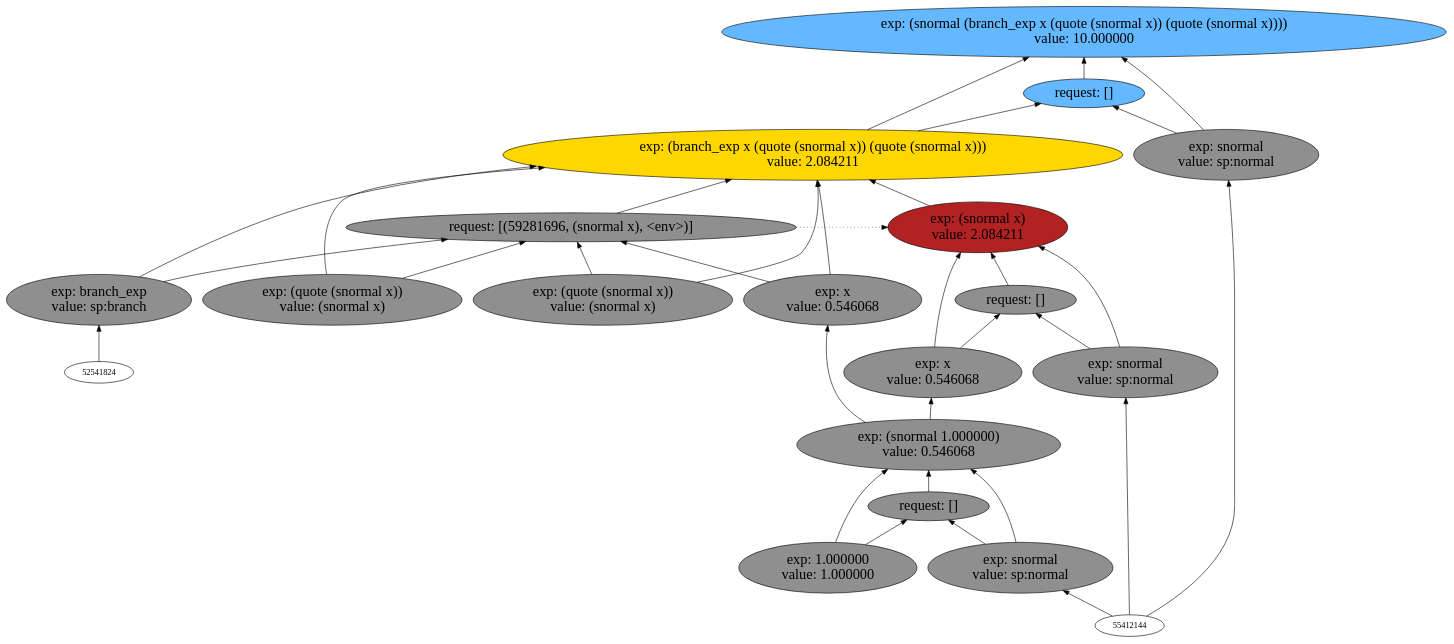
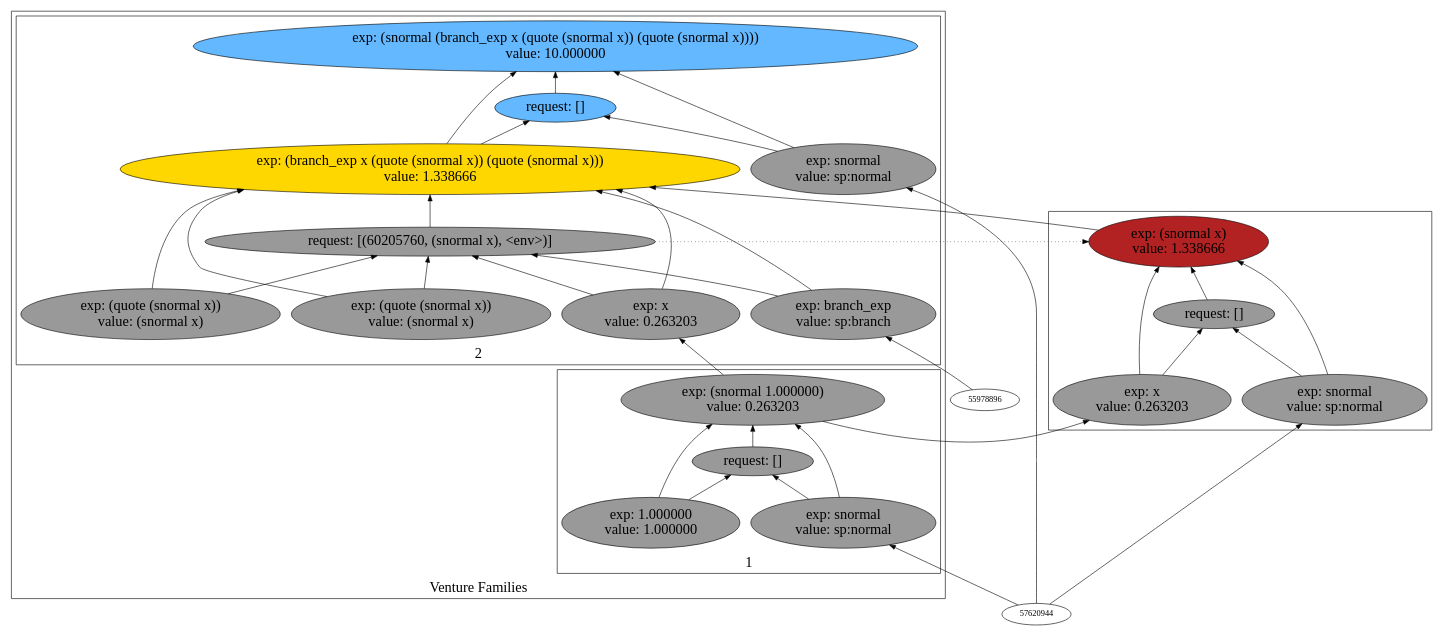
One commit to probcomp/Venturecxx changed the diagram in backend/cxx/pdf_graphs/erg_to_drg/dot9.dot. Above: the diagram before and after it, drawn with Graphviz. The commit also changed 464 other files, not shown here.

Commit message:
Pretty good draft of schematics.

```diff
--- a/backend/cxx/pdf_graphs/erg_to_drg/dot9.dot
+++ b/backend/cxx/pdf_graphs/erg_to_drg/dot9.dot
@@ -1,70 +1,70 @@
 digraph {
 rankdir=BT
 fontsize=24
-subgraph clster1 {
+subgraph cluster1 {
 label="Venture Families"
-subgraph clster2 {
+subgraph cluster2 {
 label="1"
-"59704640"["fillcolor"="grey56" "fontsize"="24" "label"="exp: (snormal 1.000000)\nvalue: 0.546068" "shape"="ellipse" "style"="filled" ]
-"59343216"["fillcolor"="grey56" "fontsize"="24" "label"="request: []" "shape"="ellipse" "style"="filled" ]
-"57712352"["fillcolor"="grey56" "fontsize"="24" "label"="exp: snormal\nvalue: sp:normal" "shape"="ellipse" "style"="filled" ]
-"58431280"["fillcolor"="grey56" "fontsize"="24" "label"="exp: 1.000000\nvalue: 1.000000" "shape"="ellipse" "style"="filled" ]
+"57853120"["fillcolor"="grey60" "fontsize"="24" "label"="exp: (snormal 1.000000)\nvalue: 0.263203" "shape"="ellipse" "style"="filled" ]
+"59845616"["fillcolor"="grey60" "fontsize"="24" "label"="request: []" "shape"="ellipse" "style"="filled" ]
+"58709264"["fillcolor"="grey60" "fontsize"="24" "label"="exp: snormal\nvalue: sp:normal" "shape"="ellipse" "style"="filled" ]
+"58747008"["fillcolor"="grey60" "fontsize"="24" "label"="exp: 1.000000\nvalue: 1.000000" "shape"="ellipse" "style"="filled" ]
 }
 
-subgraph clster3 {
+subgraph cluster3 {
 label="2"
-"59021936"["fillcolor"="steelblue1" "fontsize"="24" "label"="exp: (snormal (branch_exp x (quote (snormal x)) (quote (snormal x))))\nvalue: 10.000000" "shape"="ellipse" "style"="filled" ]
-"58606032"["fillcolor"="steelblue1" "fontsize"="24" "label"="request: []" "shape"="ellipse" "style"="filled" ]
-"59056880"["fillcolor"="grey56" "fontsize"="24" "label"="exp: snormal\nvalue: sp:normal" "shape"="ellipse" "style"="filled" ]
-"60064784"["fillcolor"="gold" "fontsize"="24" "label"="exp: (branch_exp x (quote (snormal x)) (quote (snormal x)))\nvalue: 2.084211" "shape"="ellipse" "style"="filled" ]
-"59281696"["fillcolor"="grey56" "fontsize"="24" "label"="request: [(59281696, (snormal x), <env>)]" "shape"="ellipse" "style"="filled" ]
-"58568288"["fillcolor"="grey56" "fontsize"="24" "label"="exp: branch_exp\nvalue: sp:branch" "shape"="ellipse" "style"="filled" ]
-"57516128"["fillcolor"="grey56" "fontsize"="24" "label"="exp: x\nvalue: 0.546068" "shape"="ellipse" "style"="filled" ]
-"57594048"["fillcolor"="grey56" "fontsize"="24" "label"="exp: (quote (snormal x))\nvalue: (snormal x)" "shape"="ellipse" "style"="filled" ]
-"57888128"["fillcolor"="grey56" "fontsize"="24" "label"="exp: (quote (snormal x))\nvalue: (snormal x)" "shape"="ellipse" "style"="filled" ]
+"59422672"["fillcolor"="steelblue1" "fontsize"="24" "label"="exp: (snormal (branch_exp x (quote (snormal x)) (quote (snormal x))))\nvalue: 10.000000" "shape"="ellipse" "style"="filled" ]
+"59197856"["fillcolor"="steelblue1" "fontsize"="24" "label"="request: []" "shape"="ellipse" "style"="filled" ]
+"59746352"["fillcolor"="grey60" "fontsize"="24" "label"="exp: snormal\nvalue: sp:normal" "shape"="ellipse" "style"="filled" ]
+"59162912"["fillcolor"="gold" "fontsize"="24" "label"="exp: (branch_exp x (quote (snormal x)) (quote (snormal x)))\nvalue: 1.338666" "shape"="ellipse" "style"="filled" ]
+"60205760"["fillcolor"="grey60" "fontsize"="24" "label"="request: [(60205760, (snormal x), <env>)]" "shape"="ellipse" "style"="filled" ]
+"57694784"["fillcolor"="grey60" "fontsize"="24" "label"="exp: branch_exp\nvalue: sp:branch" "shape"="ellipse" "style"="filled" ]
+"58029104"["fillcolor"="grey60" "fontsize"="24" "label"="exp: x\nvalue: 0.263203" "shape"="ellipse" "style"="filled" ]
+"58459264"["fillcolor"="grey60" "fontsize"="24" "label"="exp: (quote (snormal x))\nvalue: (snormal x)" "shape"="ellipse" "style"="filled" ]
+"58161280"["fillcolor"="grey60" "fontsize"="24" "label"="exp: (quote (snormal x))\nvalue: (snormal x)" "shape"="ellipse" "style"="filled" ]
 }
 
 }
 
-subgraph clster4 {
+subgraph cluster4 {
 label=""
-"58020304"["fillcolor"="firebrick" "fontsize"="24" "label"="exp: (snormal x)\nvalue: 2.084211" "shape"="ellipse" "style"="filled" ]
-"58056128"["fillcolor"="grey56" "fontsize"="24" "label"="request: []" "shape"="ellipse" "style"="filled" ]
-"57789504"["fillcolor"="grey56" "fontsize"="24" "label"="exp: snormal\nvalue: sp:normal" "shape"="ellipse" "style"="filled" ]
-"57623248"["fillcolor"="grey56" "fontsize"="24" "label"="exp: x\nvalue: 0.546068" "shape"="ellipse" "style"="filled" ]
+"57764016"["fillcolor"="firebrick" "fontsize"="24" "label"="exp: (snormal x)\nvalue: 1.338666" "shape"="ellipse" "style"="filled" ]
+"57930272"["fillcolor"="grey60" "fontsize"="24" "label"="request: []" "shape"="ellipse" "style"="filled" ]
+"57964800"["fillcolor"="grey60" "fontsize"="24" "label"="exp: snormal\nvalue: sp:normal" "shape"="ellipse" "style"="filled" ]
+"57848144"["fillcolor"="grey60" "fontsize"="24" "label"="exp: x\nvalue: 0.263203" "shape"="ellipse" "style"="filled" ]
 }
 
-"57789504" -> "58020304"["arrowhead"="normal" "color"="black" "constraint"="true" "style"="solid" ]
-"57789504" -> "58056128"["arrowhead"="normal" "color"="black" "constraint"="true" "style"="solid" ]
-"55412144" -> "57789504"["arrowhead"="normal" "color"="black" "constraint"="true" "style"="solid" ]
-"57623248" -> "58020304"["arrowhead"="normal" "color"="black" "constraint"="true" "style"="solid" ]
-"57623248" -> "58056128"["arrowhead"="normal" "color"="black" "constraint"="true" "style"="solid" ]
-"59704640" -> "57623248"["arrowhead"="normal" "color"="black" "constraint"="true" "style"="solid" ]
-"58056128" -> "58020304"["arrowhead"="normal" "color"="black" "constraint"="true" "style"="solid" ]
-"59056880" -> "59021936"["arrowhead"="normal" "color"="black" "constraint"="true" "style"="solid" ]
-"59056880" -> "58606032"["arrowhead"="normal" "color"="black" "constraint"="true" "style"="solid" ]
-"55412144" -> "59056880"["arrowhead"="normal" "color"="black" "constraint"="true" "style"="solid" ]
-"60064784" -> "59021936"["arrowhead"="normal" "color"="black" "constraint"="true" "style"="solid" ]
-"60064784" -> "58606032"["arrowhead"="normal" "color"="black" "constraint"="true" "style"="solid" ]
-"58568288" -> "60064784"["arrowhead"="normal" "color"="black" "constraint"="true" "style"="solid" ]
-"58568288" -> "59281696"["arrowhead"="normal" "color"="black" "constraint"="true" "style"="solid" ]
-"52541824" -> "58568288"["arrowhead"="normal" "color"="black" "constraint"="true" "style"="solid" ]
-"57516128" -> "60064784"["arrowhead"="normal" "color"="black" "constraint"="true" "style"="solid" ]
-"57516128" -> "59281696"["arrowhead"="normal" "color"="black" "constraint"="true" "style"="solid" ]
-"59704640" -> "57516128"["arrowhead"="normal" "color"="black" "constraint"="true" "style"="solid" ]
-"57594048" -> "60064784"["arrowhead"="normal" "color"="black" "constraint"="true" "style"="solid" ]
-"57594048" -> "59281696"["arrowhead"="normal" "color"="black" "constraint"="true" "style"="solid" ]
-"57888128" -> "60064784"["arrowhead"="normal" "color"="black" "constraint"="true" "style"="solid" ]
-"57888128" -> "59281696"["arrowhead"="normal" "color"="black" "constraint"="true" "style"="solid" ]
-"59281696" -> "60064784"["arrowhead"="normal" "color"="black" "constraint"="true" "style"="solid" ]
-"58020304" -> "60064784"["arrowhead"="normal" "color"="black" "constraint"="true" "style"="solid" ]
-"59281696" -> "58020304"["arrowhead"="normal" "color"="black" "constraint"="false" "style"="dotted" ]
-"58606032" -> "59021936"["arrowhead"="normal" "color"="black" "constraint"="true" "style"="solid" ]
-"57712352" -> "59704640"["arrowhead"="normal" "color"="black" "constraint"="true" "style"="solid" ]
-"57712352" -> "59343216"["arrowhead"="normal" "color"="black" "constraint"="true" "style"="solid" ]
-"55412144" -> "57712352"["arrowhead"="normal" "color"="black" "constraint"="true" "style"="solid" ]
-"58431280" -> "59704640"["arrowhead"="normal" "color"="black" "constraint"="true" "style"="solid" ]
-"58431280" -> "59343216"["arrowhead"="normal" "color"="black" "constraint"="true" "style"="solid" ]
-"59343216" -> "59704640"["arrowhead"="normal" "color"="black" "constraint"="true" "style"="solid" ]
+"57964800" -> "57764016"["arrowhead"="normal" "color"="black" "constraint"="true" "style"="solid" ]
+"57964800" -> "57930272"["arrowhead"="normal" "color"="black" "constraint"="true" "style"="solid" ]
+"57620944" -> "57964800"["arrowhead"="normal" "color"="black" "constraint"="true" "style"="solid" ]
+"57848144" -> "57764016"["arrowhead"="normal" "color"="black" "constraint"="true" "style"="solid" ]
+"57848144" -> "57930272"["arrowhead"="normal" "color"="black" "constraint"="true" "style"="solid" ]
+"57853120" -> "57848144"["arrowhead"="normal" "color"="black" "constraint"="true" "style"="solid" ]
+"57930272" -> "57764016"["arrowhead"="normal" "color"="black" "constraint"="true" "style"="solid" ]
+"58709264" -> "57853120"["arrowhead"="normal" "color"="black" "constraint"="true" "style"="solid" ]
+"58709264" -> "59845616"["arrowhead"="normal" "color"="black" "constraint"="true" "style"="solid" ]
+"57620944" -> "58709264"["arrowhead"="normal" "color"="black" "constraint"="true" "style"="solid" ]
+"58747008" -> "57853120"["arrowhead"="normal" "color"="black" "constraint"="true" "style"="solid" ]
+"58747008" -> "59845616"["arrowhead"="normal" "color"="black" "constraint"="true" "style"="solid" ]
+"59845616" -> "57853120"["arrowhead"="normal" "color"="black" "constraint"="true" "style"="solid" ]
+"59746352" -> "59422672"["arrowhead"="normal" "color"="black" "constraint"="true" "style"="solid" ]
+"59746352" -> "59197856"["arrowhead"="normal" "color"="black" "constraint"="true" "style"="solid" ]
+"57620944" -> "59746352"["arrowhead"="normal" "color"="black" "constraint"="true" "style"="solid" ]
+"59162912" -> "59422672"["arrowhead"="normal" "color"="black" "constraint"="true" "style"="solid" ]
+"59162912" -> "59197856"["arrowhead"="normal" "color"="black" "constraint"="true" "style"="solid" ]
+"57694784" -> "59162912"["arrowhead"="normal" "color"="black" "constraint"="true" "style"="solid" ]
+"57694784" -> "60205760"["arrowhead"="normal" "color"="black" "constraint"="true" "style"="solid" ]
+"55978896" -> "57694784"["arrowhead"="normal" "color"="black" "constraint"="true" "style"="solid" ]
+"58029104" -> "59162912"["arrowhead"="normal" "color"="black" "constraint"="true" "style"="solid" ]
+"58029104" -> "60205760"["arrowhead"="normal" "color"="black" "constraint"="true" "style"="solid" ]
+"57853120" -> "58029104"["arrowhead"="normal" "color"="black" "constraint"="true" "style"="solid" ]
+"58459264" -> "59162912"["arrowhead"="normal" "color"="black" "constraint"="true" "style"="solid" ]
+"58459264" -> "60205760"["arrowhead"="normal" "color"="black" "constraint"="true" "style"="solid" ]
+"58161280" -> "59162912"["arrowhead"="normal" "color"="black" "constraint"="true" "style"="solid" ]
+"58161280" -> "60205760"["arrowhead"="normal" "color"="black" "constraint"="true" "style"="solid" ]
+"60205760" -> "59162912"["arrowhead"="normal" "color"="black" "constraint"="true" "style"="solid" ]
+"57764016" -> "59162912"["arrowhead"="normal" "color"="black" "constraint"="true" "style"="solid" ]
+"60205760" -> "57764016"["arrowhead"="normal" "color"="black" "constraint"="false" "style"="dotted" ]
+"59197856" -> "59422672"["arrowhead"="normal" "color"="black" "constraint"="true" "style"="solid" ]
 
 }
```
